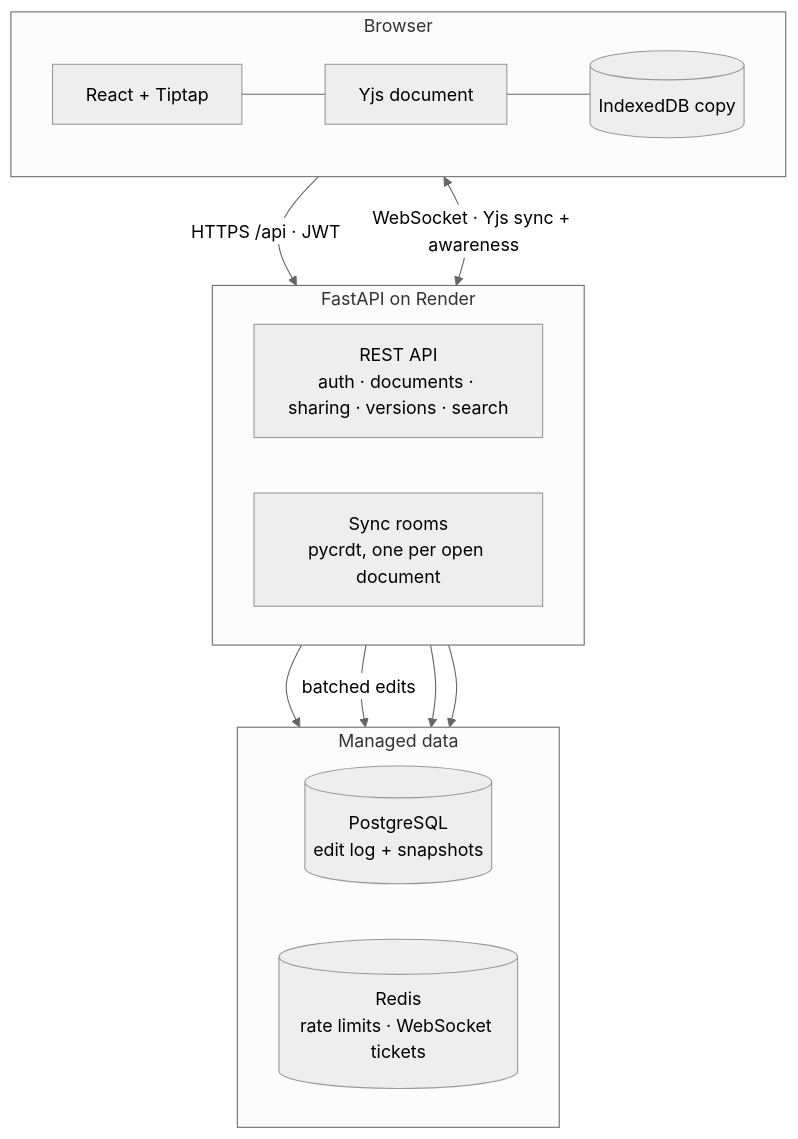
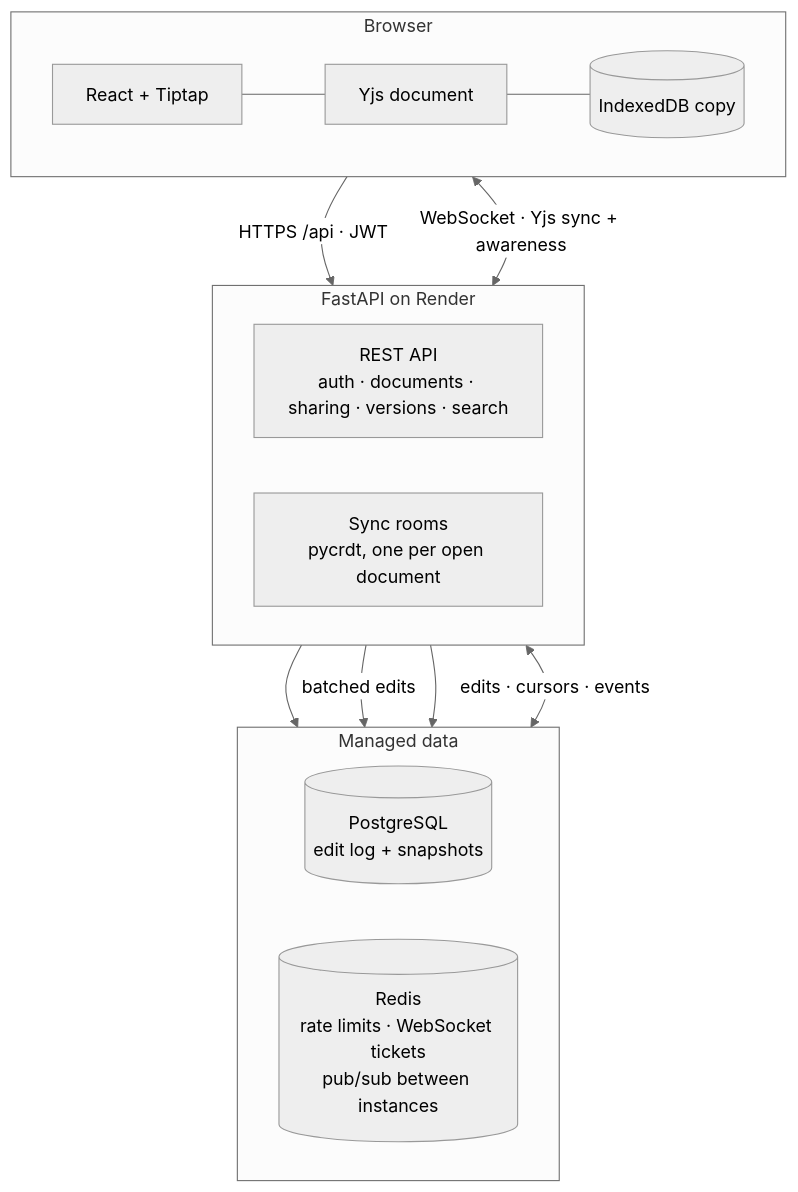
One commit to Aditya-XR/collaborative-editor changed the diagram in README.md. Above: the diagram before and after it, drawn with Mermaid (neutral theme). The commit also changed other lines of this file and 26 other files, not shown here.

First line of the commit message:
Phase 5: several API instances sharing live documents through Redis

````diff
--- a/README.md
+++ b/README.md
@@ -58,23 +65,23 @@
 ```mermaid
 flowchart TB
   subgraph Browser
     direction LR
     UI["React + Tiptap"] --- YD["Yjs document"] --- IDB[("IndexedDB copy")]
   end
   subgraph API["FastAPI on Render"]
     direction LR
     REST["REST API<br/>auth · documents · sharing · versions · search"]
     ROOMS["Sync rooms<br/>pycrdt, one per open document"]
   end
   subgraph Data["Managed data"]
     direction LR
     PG[("PostgreSQL<br/>edit log + snapshots")]
-    RD[("Redis<br/>rate limits · WebSocket tickets")]
+    RD[("Redis<br/>rate limits · WebSocket tickets<br/>pub/sub between instances")]
   end
   UI -- "HTTPS /api · JWT" --> REST
   YD <-- "WebSocket · Yjs sync + awareness" --> ROOMS
   REST --> PG
   ROOMS -- "batched edits" --> PG
   REST --> RD
-  ROOMS --> RD
+  ROOMS <-- "edits · cursors · events" --> RD
 ```
````
